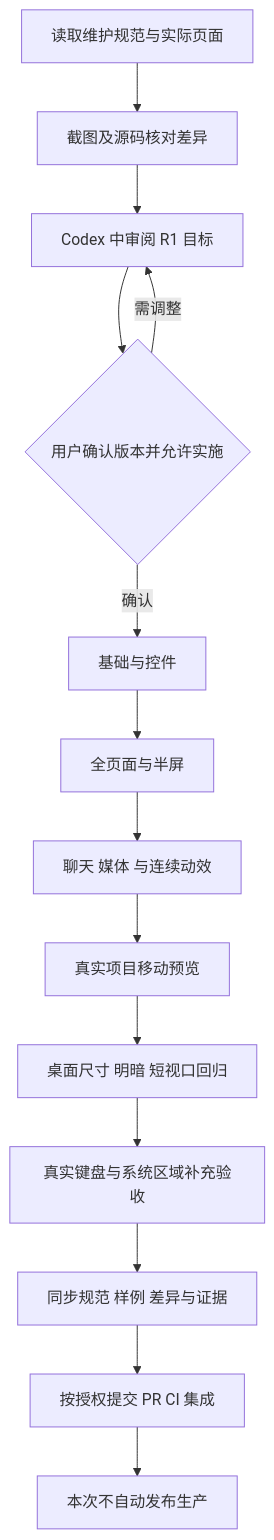
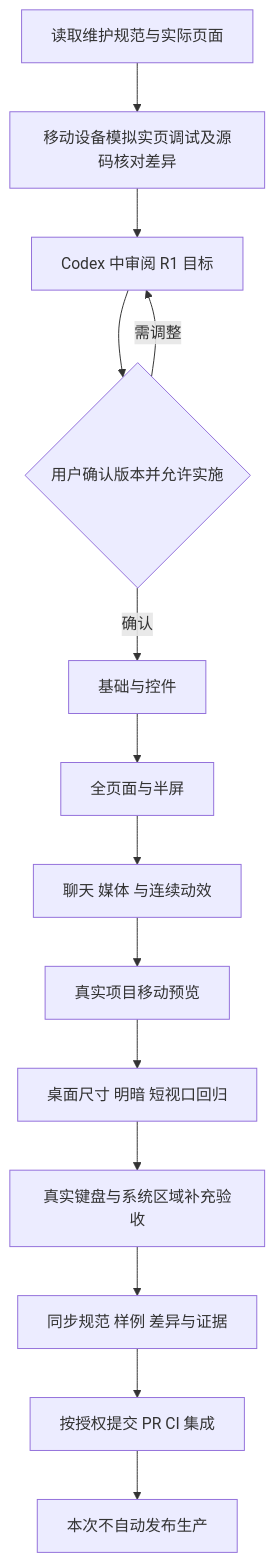
One commit to zdaiwmm/shui-IM changed the first of 3 diagrams in docs/requirements/2026-10-12-p1-ui-audit/flow.md. Above: the diagram before and after it, drawn with Mermaid. The commit also changed other lines of this file and 39 other files, not shown here.

````diff
--- a/docs/requirements/2026-10-12-p1-ui-audit/flow.md
+++ b/docs/requirements/2026-10-12-p1-ui-audit/flow.md
@@ -5,16 +5,16 @@
 ```mermaid
 flowchart TD
-  A[读取维护规范与实际页面] --> B[截图及源码核对差异]
+  A[读取维护规范与实际页面] --> B[移动设备模拟实页调试及源码核对差异]
   B --> C[Codex 中审阅 R1 目标]
   C --> D{用户确认版本并允许实施}
   D -->|需调整| C
   D -->|确认| E[基础与控件]
   E --> F[全页面与半屏]
   F --> G[聊天 媒体 与连续动效]
   G --> H[真实项目移动预览]
   H --> I[桌面尺寸 明暗 短视口回归]
   I --> J[真实键盘与系统区域补充验收]
   J --> K[同步规范 样例 差异与证据]
   K --> L[按授权提交 PR CI 集成]
   L --> M[本次不自动发布生产]
 ```
````
